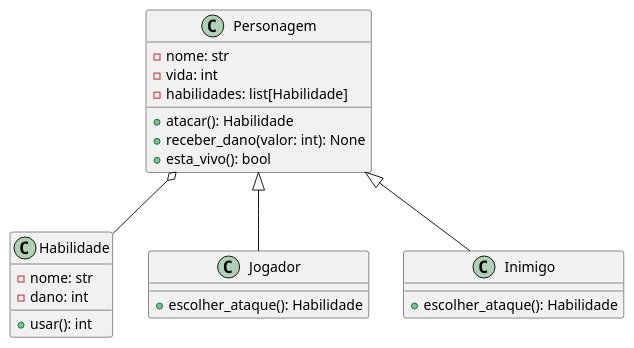
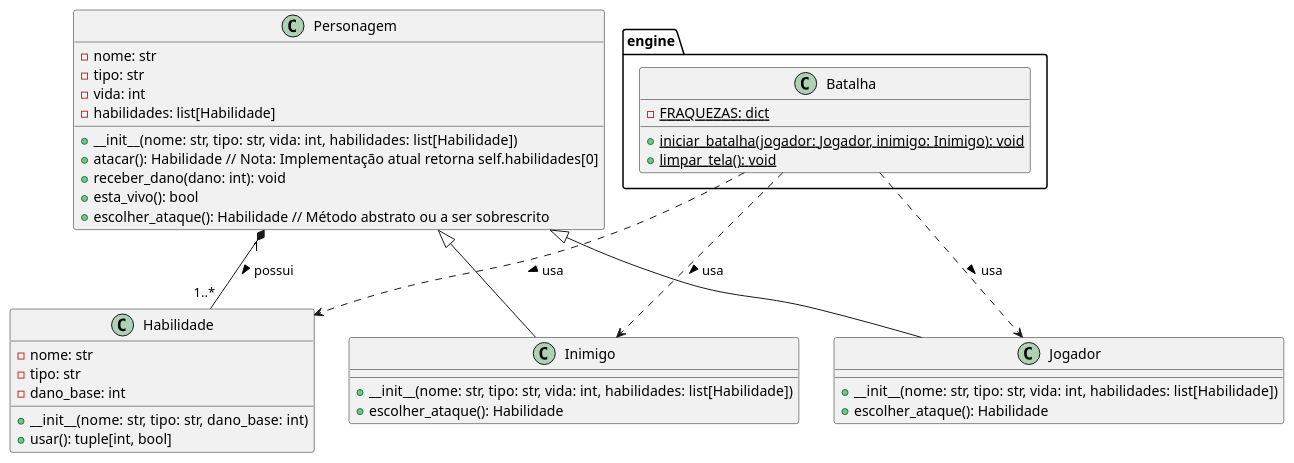
The diagram in diagrams/class_diagram.puml (Matheus-C-S-Azevedo/Pokemon-Terminal-Battle), drawn with PlantUML before and after one commit. The commit also changed 2 other files, not shown here.

Commit message:
Docs: Atualizando o diagrama de classes

```diff
--- a/diagrams/class_diagram.puml
+++ b/diagrams/class_diagram.puml
@@ -1,30 +1,46 @@
 @startuml
 
 class Habilidade {
   - nome: str
-  - dano: int
-  + usar(): int
+  - tipo: str
+  - dano_base: int
+  + __init__(nome: str, tipo: str, dano_base: int)
+  + usar(): tuple[int, bool]
 }
 
 class Personagem {
   - nome: str
+  - tipo: str
   - vida: int
   - habilidades: list[Habilidade]
-  + atacar(): Habilidade
-  + receber_dano(valor: int): None
+  + __init__(nome: str, tipo: str, vida: int, habilidades: list[Habilidade])
+  + atacar(): Habilidade  // Nota: Implementação atual retorna self.habilidades[0]
+  + receber_dano(dano: int): void
   + esta_vivo(): bool
+  + escolher_ataque(): Habilidade // Método abstrato ou a ser sobrescrito
 }
 
-class Jogador {
+class Jogador extends Personagem {
+  + __init__(nome: str, tipo: str, vida: int, habilidades: list[Habilidade])
   + escolher_ataque(): Habilidade
 }
 
-class Inimigo {
+class Inimigo extends Personagem {
+  + __init__(nome: str, tipo: str, vida: int, habilidades: list[Habilidade])
   + escolher_ataque(): Habilidade
 }
 
-Personagem <|-- Jogador
-Personagem <|-- Inimigo
-Personagem o-- Habilidade
+package engine {
+  class Batalha {
+    + {static} iniciar_batalha(jogador: Jogador, inimigo: Inimigo): void
+    + {static} limpar_tela(): void
+    - {static} FRAQUEZAS: dict
+  }
+}
+
+Personagem "1" *-- "1..*" Habilidade : possui >
+Batalha ..> Jogador : usa >
+Batalha ..> Inimigo : usa >
+Batalha ..> Habilidade : usa >
 
 @enduml
```
